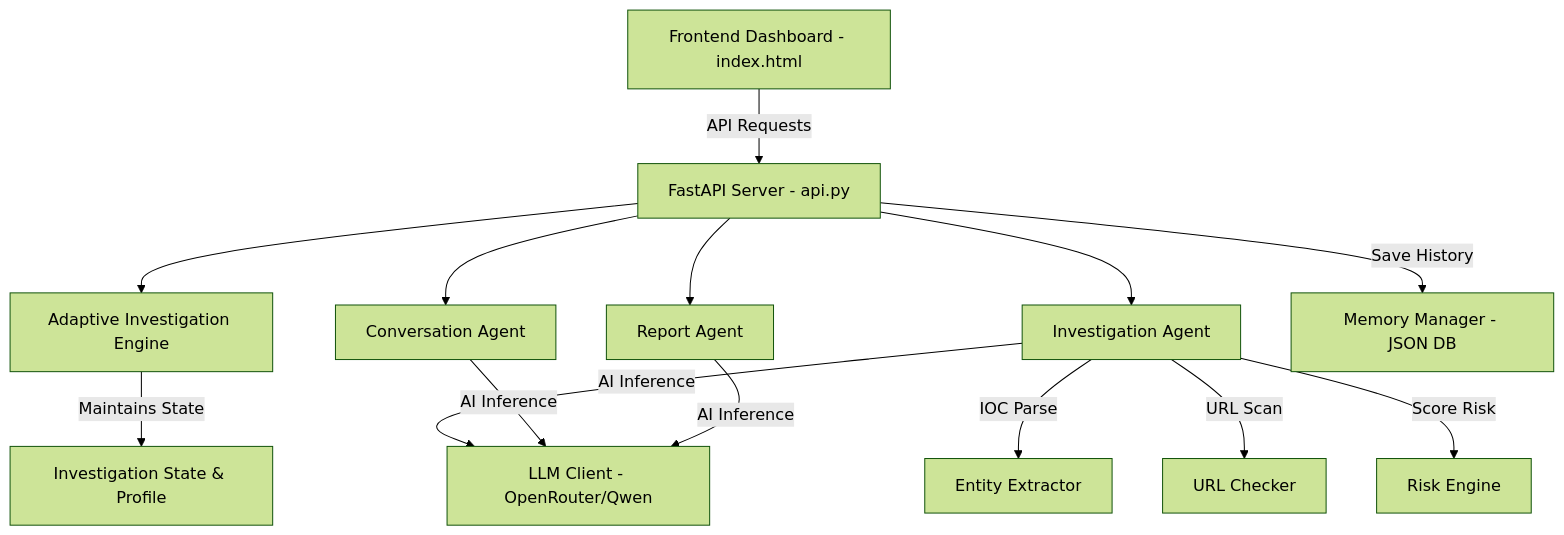
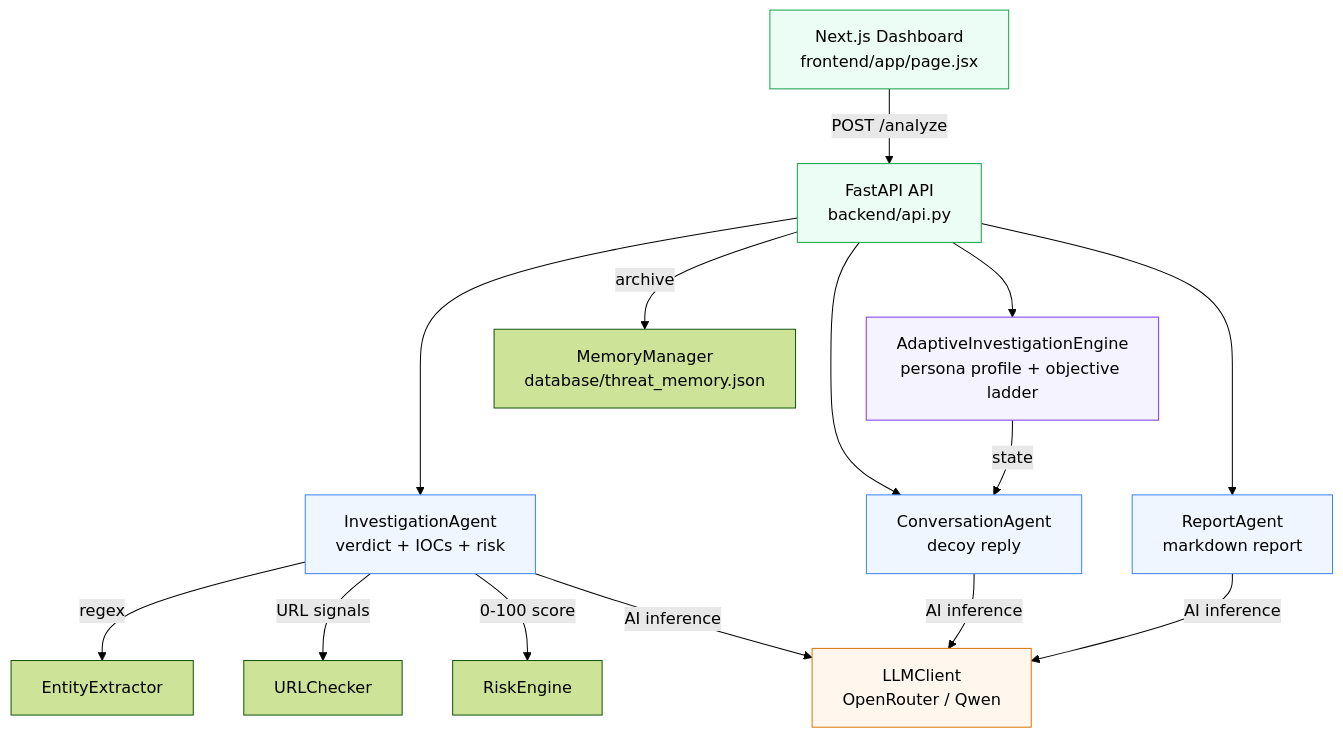
The first of 2 diagrams in README.md (ridhimagarg23/TraceAI), drawn with Mermaid (forest theme) before and after one commit. The commit also changed other lines of this file and 38 other files, not shown here.

````diff
--- a/README.md
+++ b/README.md
@@ -40,14 +56,21 @@
 ```mermaid
 graph TD
-    A[Frontend Dashboard - index.html] -->|API Requests| B[FastAPI Server - api.py]
-    B --> C[Adaptive Investigation Engine]
-    B --> D[Investigation Agent]
-    B --> E[Conversation Agent]
-    B --> F[Report Agent]
-    C -->|Maintains State| G[Investigation State & Profile]
-    D & E & F -->|AI Inference| H[LLM Client - OpenRouter/Qwen]
-    D -->|IOC Parse| I[Entity Extractor]
-    D -->|URL Scan| J[URL Checker]
-    D -->|Score Risk| K[Risk Engine]
-    B -->|Save History| L[Memory Manager - JSON DB]
+    A[Next.js Dashboard<br/>frontend/app/page.jsx] -->|POST /analyze| B[FastAPI API<br/>backend/api.py]
+    B --> C[InvestigationAgent<br/>verdict + IOCs + risk]
+    B --> D[AdaptiveInvestigationEngine<br/>persona profile + objective ladder]
+    B --> E[ConversationAgent<br/>decoy reply]
+    B --> F[ReportAgent<br/>markdown report]
+    C -->|regex| G[EntityExtractor]
+    C -->|URL signals| H[URLChecker]
+    C -->|0-100 score| I[RiskEngine]
+    D -->|state| E
+    B -->|archive| J[MemoryManager<br/>database/threat_memory.json]
+    C & E & F -->|AI inference| K[LLMClient<br/>OpenRouter / Qwen]
+    style A fill:#ecfdf5,stroke:#16a34a
+    style B fill:#ecfdf5,stroke:#16a34a
+    style C fill:#eff6ff,stroke:#3b82f6
+    style D fill:#f5f3ff,stroke:#7c3aed
+    style E fill:#eff6ff,stroke:#3b82f6
+    style F fill:#eff6ff,stroke:#3b82f6
+    style K fill:#fff7ed,stroke:#d97706
 ```
````
